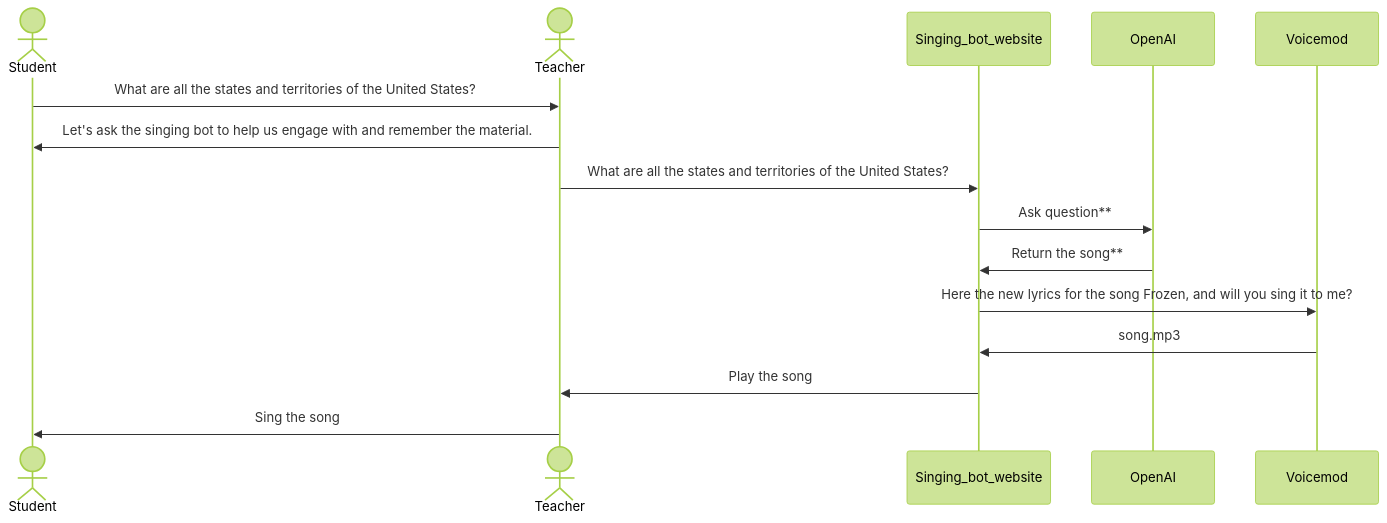
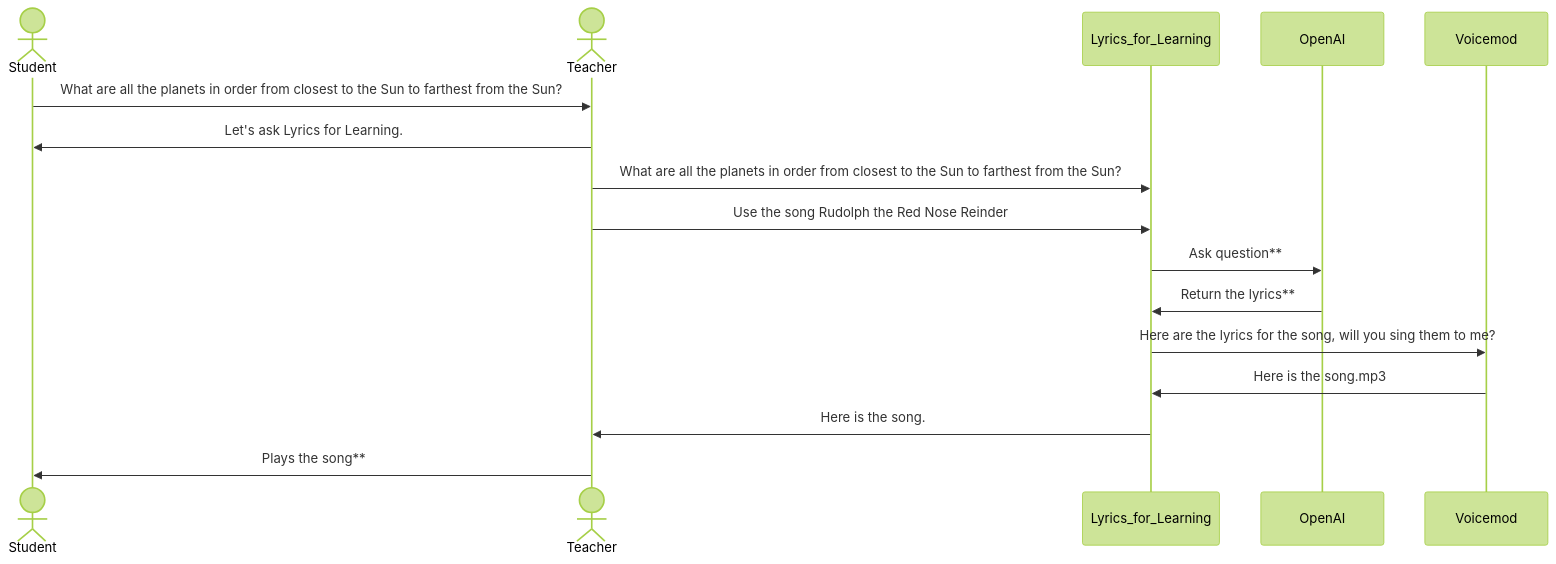
One commit to Robotics2024/singing-bot changed the diagram in README.md. Above: the diagram before and after it, drawn with Mermaid (forest theme). The commit also changed other lines of this file, not shown here.

````diff
--- a/README.md
+++ b/README.md
@@ -23,15 +23,16 @@
 ```mermaid
 
 sequenceDiagram
     actor Student
     actor Teacher
-    Student->>Teacher: What are all the states and territories of the United States?
-    Teacher->>Student: Let's ask the singing bot to help us engage with and remember the material.
-    Teacher->>Singing_bot_website: What are all the states and territories of the United States?
-    Singing_bot_website->>OpenAI: Ask question**
-    OpenAI ->> Singing_bot_website: Return the song**
-    Singing_bot_website ->> Voicemod: Here the new lyrics for the song Frozen, and will you sing it to me?
-    Voicemod ->> Singing_bot_website: song.mp3
-    Singing_bot_website ->> Teacher: Play the song
-    Teacher ->> Student: Sing the song
+    Student->>Teacher: What are all the planets in order from closest to the Sun to farthest from the Sun?
+    Teacher->>Student: Let's ask Lyrics for Learning.
+    Teacher->>Lyrics_for_Learning: What are all the planets in order from closest to the Sun to farthest from the Sun?
+    Teacher->>Lyrics_for_Learning: Use the song Rudolph the Red Nose Reinder
+    Lyrics_for_Learning->>OpenAI: Ask question**
+    OpenAI ->> Lyrics_for_Learning: Return the lyrics**
+    Lyrics_for_Learning->> Voicemod: Here are the lyrics for the song, will you sing them to me?
+    Voicemod ->> Lyrics_for_Learning: Here is the song.mp3
+    Lyrics_for_Learning ->> Teacher: Here is the song.
+    Teacher ->> Student: Plays the song**
 ```
````
